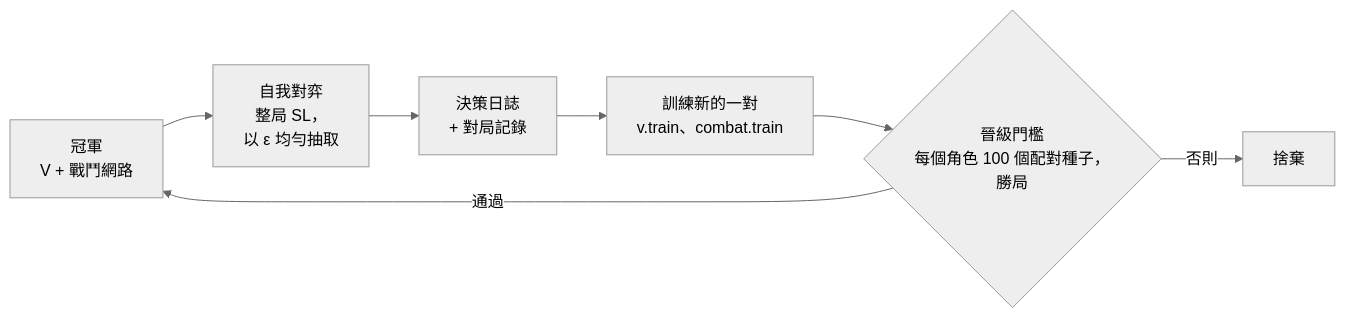
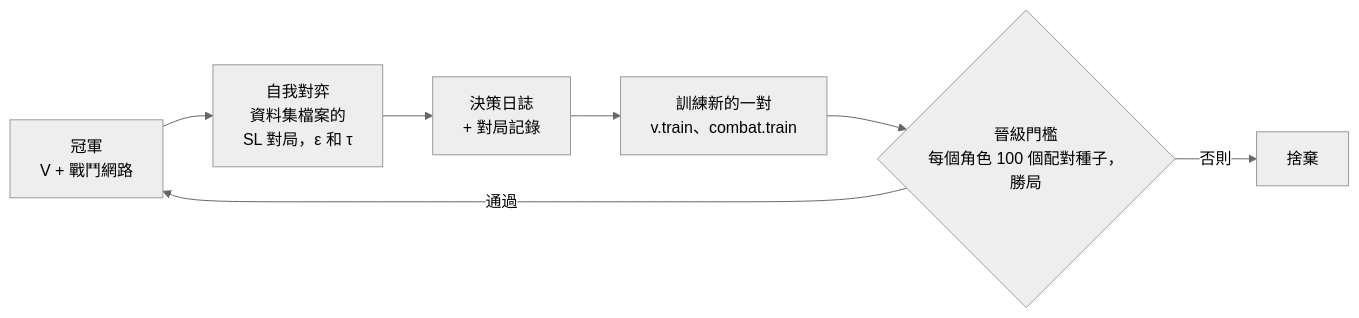
One commit to shinnku-nikaidou/spire-zero changed the diagram in docs/src/content/docs/zh-tw/arch/macro-brain/selfplay.mdx. Above: the diagram before and after it, drawn with Mermaid (neutral theme). The commit also changed other lines of this file and 92 other files, not shown here.

````diff
--- a/docs/src/content/docs/zh-tw/arch/macro-brain/selfplay.mdx
+++ b/docs/src/content/docs/zh-tw/arch/macro-brain/selfplay.mdx
@@ -13,9 +13,9 @@
 ```mermaid
 flowchart LR
-  C["冠軍<br/>V + 戰鬥網路"] --> P["自我對弈<br/>整局 SL，<br/>以 ε 均勻抽取"]
+  C["冠軍<br/>V + 戰鬥網路"] --> P["自我對弈<br/>資料集檔案的<br/>SL 對局，ε 和 τ"]
   P --> D["決策日誌<br/>+ 對局記錄"]
   D --> T["訓練新的一對<br/>v.train、combat.train"]
   T --> G{"晉級門檻<br/>每個角色 100 個配對種子，<br/>勝局"}
   G -->|"通過"| C
   G -->|"否則"| X["捨棄"]
 ```
````
